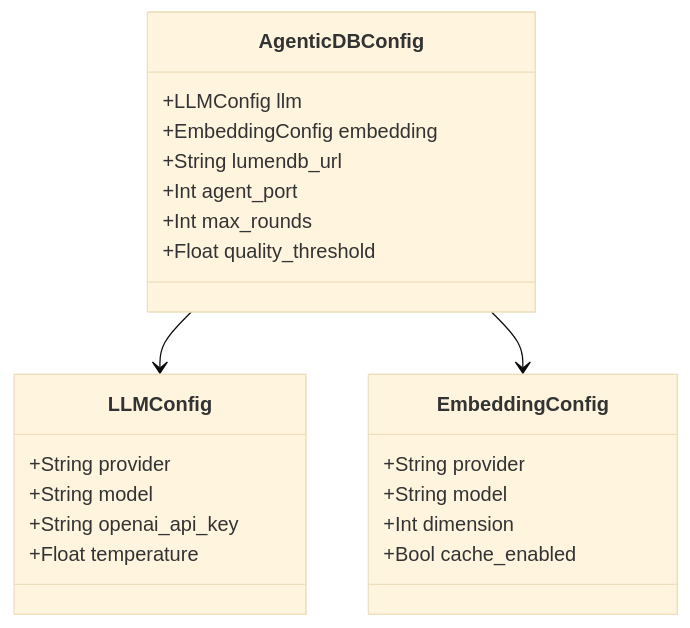
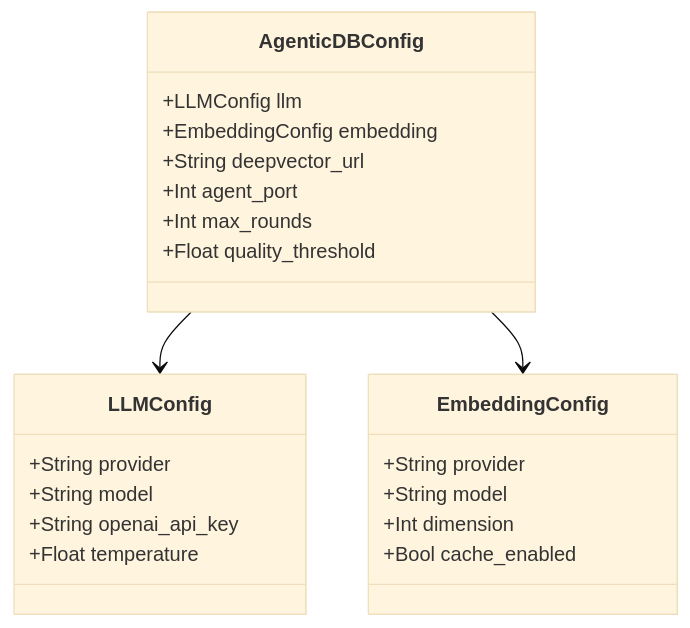
One commit to Thezx-a/LumenDB changed the diagram in deepvector/course/ch03_config/03_配置系统_en.md. Above: the diagram before and after it, drawn with Mermaid (base theme). The commit also changed 91 other files, not shown here.

````diff
--- a/deepvector/course/ch03_config/03_配置系统_en.md
+++ b/deepvector/course/ch03_config/03_配置系统_en.md
@@ -21,25 +21,25 @@
 ```mermaid
 classDiagram
     class AgenticDBConfig {
         +LLMConfig llm
         +EmbeddingConfig embedding
-        +String lumendb_url
+        +String deepvector_url
         +Int agent_port
         +Int max_rounds
         +Float quality_threshold
     }
     class LLMConfig {
         +String provider
         +String model
         +String openai_api_key
         +Float temperature
     }
     class EmbeddingConfig {
         +String provider
         +String model
         +Int dimension
         +Bool cache_enabled
     }
     AgenticDBConfig --> LLMConfig
     AgenticDBConfig --> EmbeddingConfig
 ```
````
